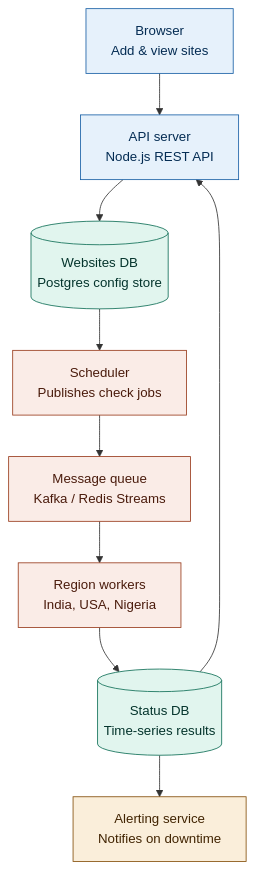
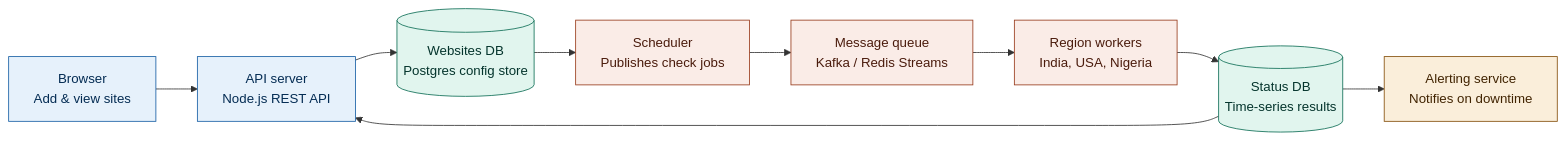
Before and after one commit to NalinDalal/uptime-ts: the diagram in README.md, drawn with Mermaid. The commit also changed 6 other files, not shown here.

````diff
--- a/README.md
+++ b/README.md
@@ -3,23 +3,23 @@
 ```mermaid
-flowchart TB
+flowchart LR
     Browser["Browser<br/>Add & view sites"] --> API["API server<br/>Node.js REST API"]
     API --> PG[("Websites DB<br/>Postgres config store")]
 
     PG --> Scheduler["Scheduler<br/>Publishes check jobs"]
     Scheduler --> Queue["Message queue<br/>Kafka / Redis Streams"]
     Queue --> Workers["Region workers<br/>India, USA, Nigeria"]
     Workers --> StatusDB[("Status DB<br/>Time-series results")]
 
     StatusDB --> API
     StatusDB --> Alerting["Alerting service<br/>Notifies on downtime"]
 
     classDef client fill:#E6F1FB,stroke:#185FA5,color:#042C53
     classDef storage fill:#E1F5EE,stroke:#0F6E56,color:#04342C
     classDef pipeline fill:#FAECE7,stroke:#993C1D,color:#4A1B0C
     classDef alert fill:#FAEEDA,stroke:#854F0B,color:#412402
 
     class Browser,API client
     class PG,StatusDB storage
     class Scheduler,Queue,Workers pipeline
     class Alerting alert
 ```
````
